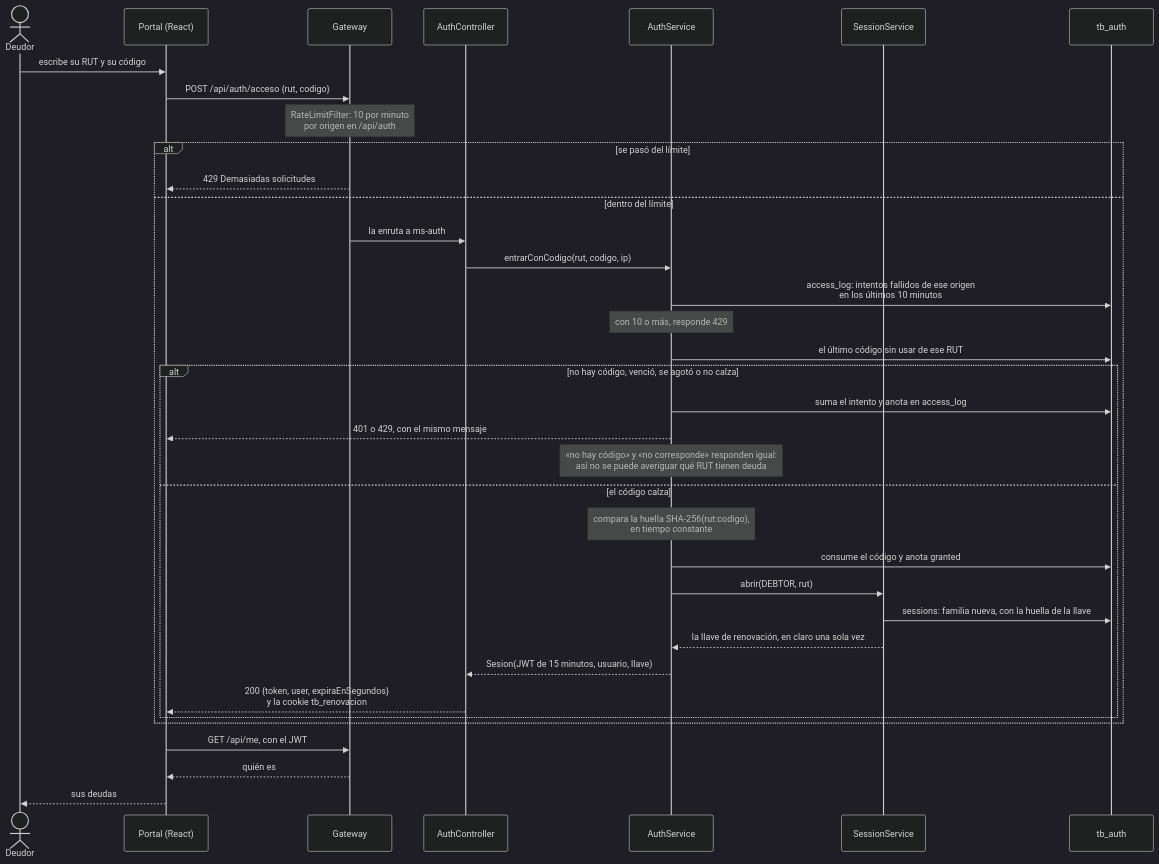
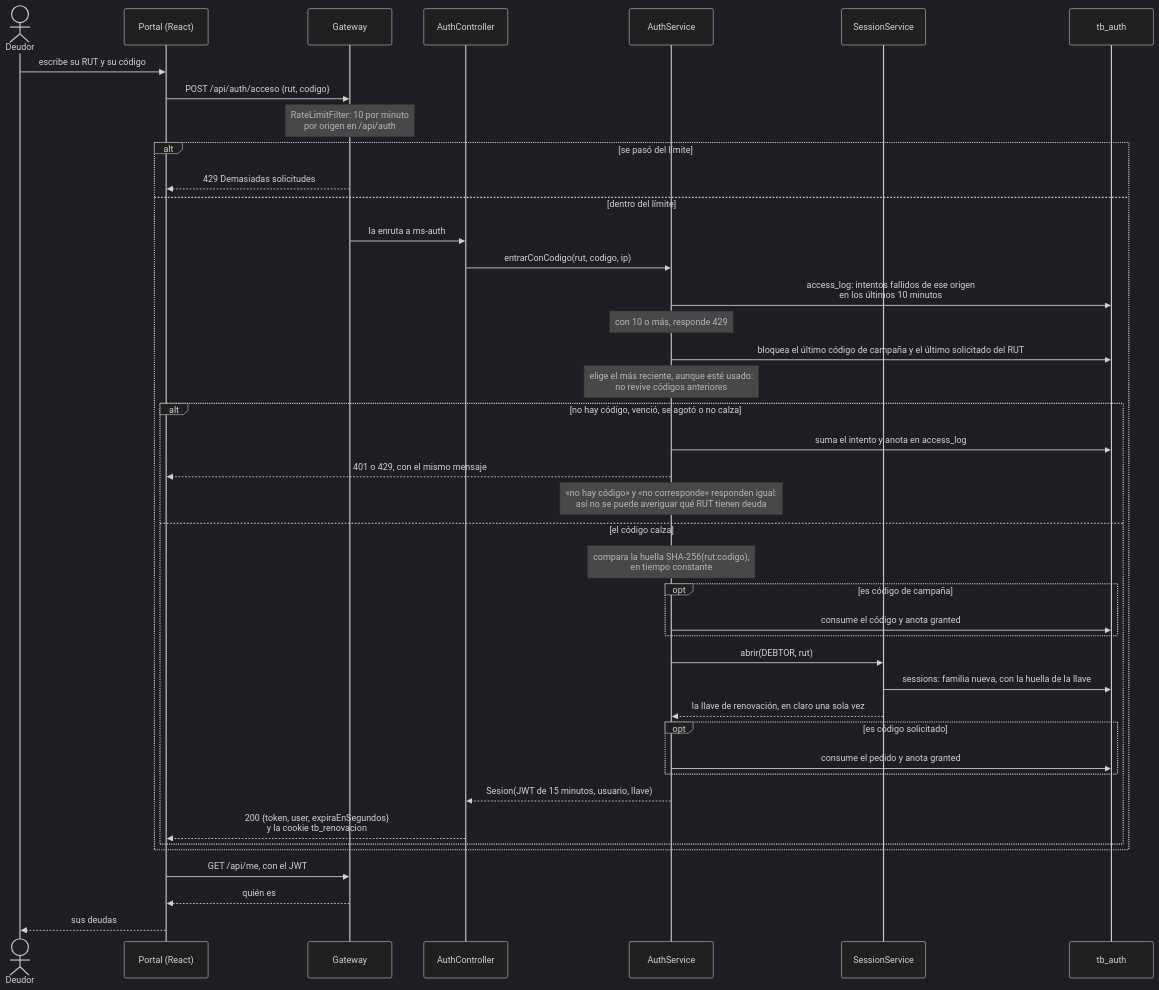
The first of 16 diagrams in docs/diagramas/secuencia.md (TechnicalBridge/DataBridge), drawn with Mermaid (dark theme) before and after one commit. The commit also changed other lines of this file and 29 other files, not shown here.

````diff
--- a/docs/diagramas/secuencia.md
+++ b/docs/diagramas/secuencia.md
@@ -42,39 +44,45 @@
 ```mermaid
 sequenceDiagram
     actor D as Deudor
     participant P as Portal (React)
     participant G as Gateway
     participant AC as AuthController
     participant AS as AuthService
     participant SS as SessionService
     participant B as tb_auth
 
     D->>P: escribe su RUT y su código
     P->>G: POST /api/auth/acceso {rut, codigo}
     Note over G: RateLimitFilter: 10 por minuto<br/>por origen en /api/auth
     alt se pasó del límite
         G-->>P: 429 Demasiadas solicitudes
     else dentro del límite
         G->>AC: la enruta a ms-auth
         AC->>AS: entrarConCodigo(rut, codigo, ip)
         AS->>B: access_log: intentos fallidos de ese origen<br/>en los últimos 10 minutos
         Note over AS: con 10 o más, responde 429
-        AS->>B: el último código sin usar de ese RUT
+        AS->>B: bloquea el último código de campaña y el último solicitado del RUT
+        Note over AS: elige el más reciente, aunque esté usado:<br/>no revive códigos anteriores
         alt no hay código, venció, se agotó o no calza
             AS->>B: suma el intento y anota en access_log
             AS-->>P: 401 o 429, con el mismo mensaje
             Note over AS: «no hay código» y «no corresponde» responden igual:<br/>así no se puede averiguar qué RUT tienen deuda
         else el código calza
             Note over AS: compara la huella SHA-256(rut:codigo),<br/>en tiempo constante
-            AS->>B: consume el código y anota granted
+            opt es código de campaña
+                AS->>B: consume el código y anota granted
+            end
             AS->>SS: abrir(DEBTOR, rut)
             SS->>B: sessions: familia nueva, con la huella de la llave
             SS-->>AS: la llave de renovación, en claro una sola vez
+            opt es código solicitado
+                AS->>B: consume el pedido y anota granted
+            end
             AS-->>AC: Sesion(JWT de 15 minutos, usuario, llave)
             AC-->>P: 200 {token, user, expiraEnSegundos}<br/>y la cookie tb_renovacion
         end
     end
     P->>G: GET /api/me, con el JWT
     G-->>P: quién es
     P-->>D: sus deudas
 ```
````
